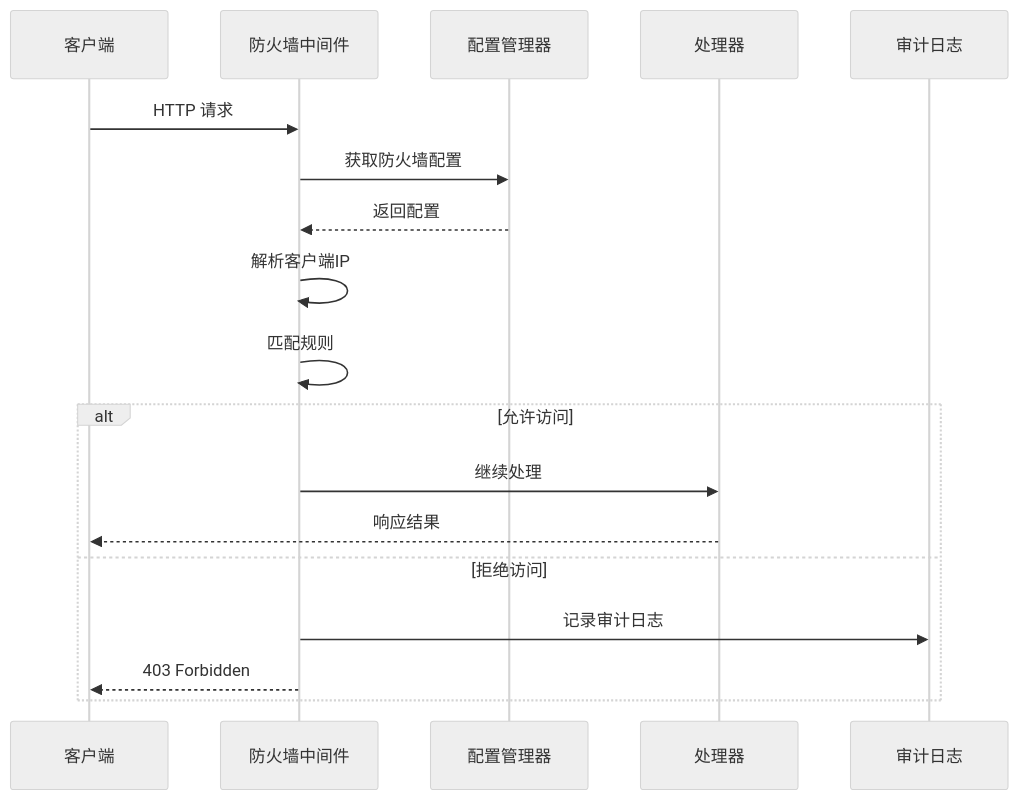
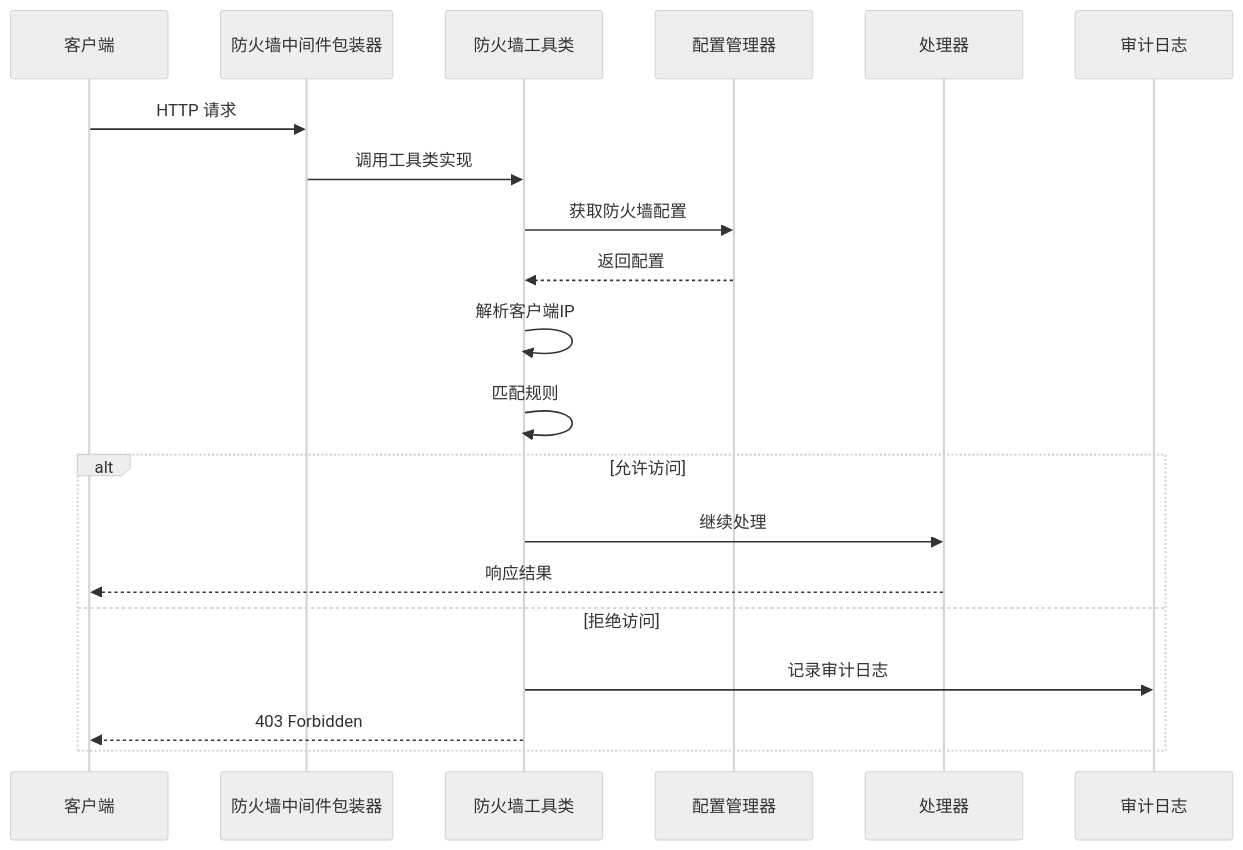
The second of 11 diagrams in .qoder/repowiki/zh/content/核心模块/防火墙系统.md (yanfanvip/caddy-manager), drawn with Mermaid (neutral theme) before and after one commit. The commit also changed other lines of this file and 7 other files, not shown here.

````diff
--- a/.qoder/repowiki/zh/content/核心模块/防火墙系统.md
+++ b/.qoder/repowiki/zh/content/核心模块/防火墙系统.md
@@ -87,20 +105,22 @@
 ```mermaid
 sequenceDiagram
 participant Client as 客户端
-participant Middleware as 防火墙中间件
+participant Middleware as 防火墙中间件包装器
+participant Utils as 防火墙工具类
 participant Config as 配置管理器
 participant Handler as 处理器
 participant Logger as 审计日志
 Client->>Middleware : HTTP 请求
-Middleware->>Config : 获取防火墙配置
-Config-->>Middleware : 返回配置
-Middleware->>Middleware : 解析客户端IP
-Middleware->>Middleware : 匹配规则
+Middleware->>Utils : 调用工具类实现
+Utils->>Config : 获取防火墙配置
+Config-->>Utils : 返回配置
+Utils->>Utils : 解析客户端IP
+Utils->>Utils : 匹配规则
 alt 允许访问
-Middleware->>Handler : 继续处理
+Utils->>Handler : 继续处理
 Handler-->>Client : 响应结果
 else 拒绝访问
-Middleware->>Logger : 记录审计日志
-Middleware-->>Client : 403 Forbidden
+Utils->>Logger : 记录审计日志
+Utils-->>Client : 403 Forbidden
 end
 ```
````
